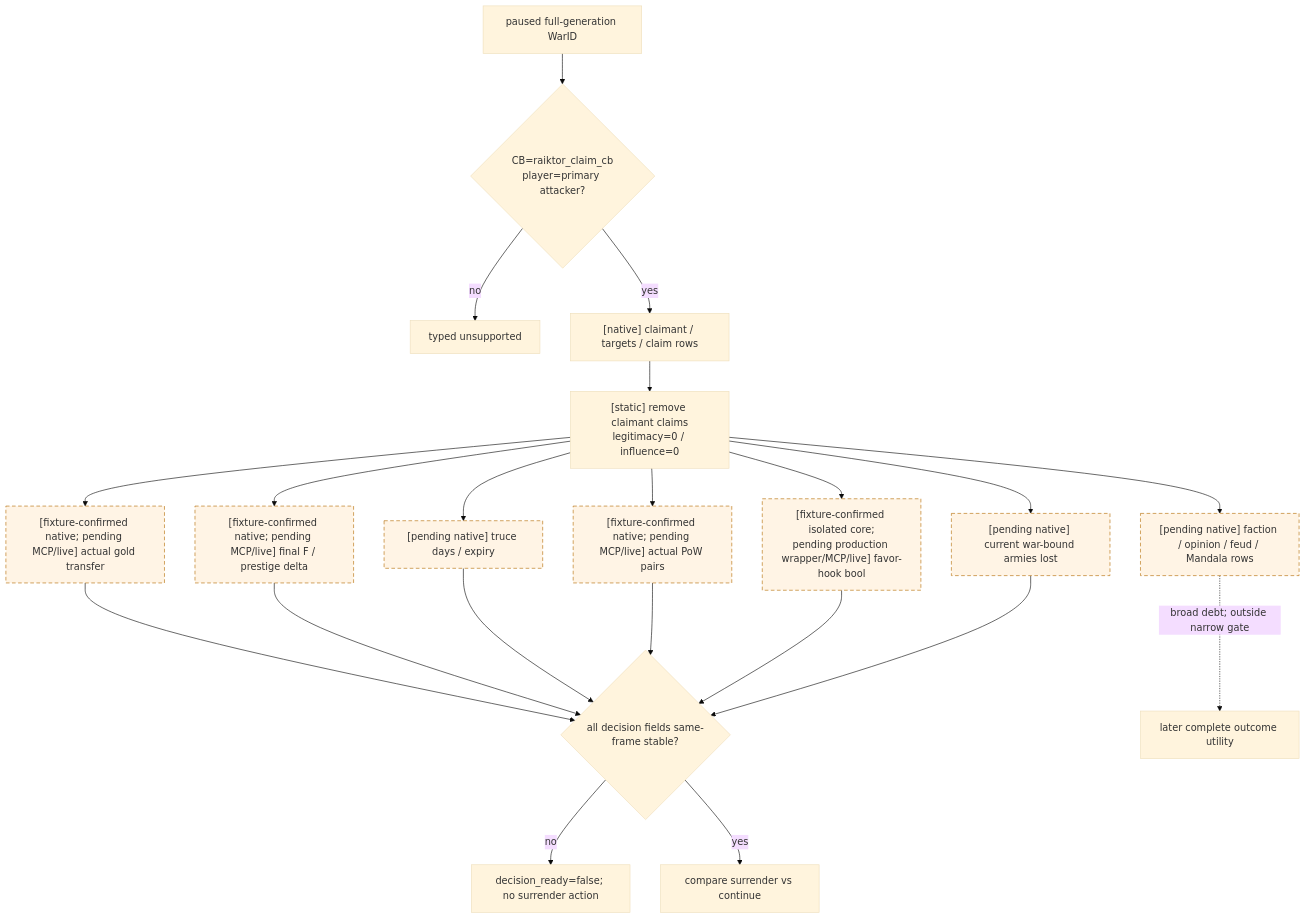
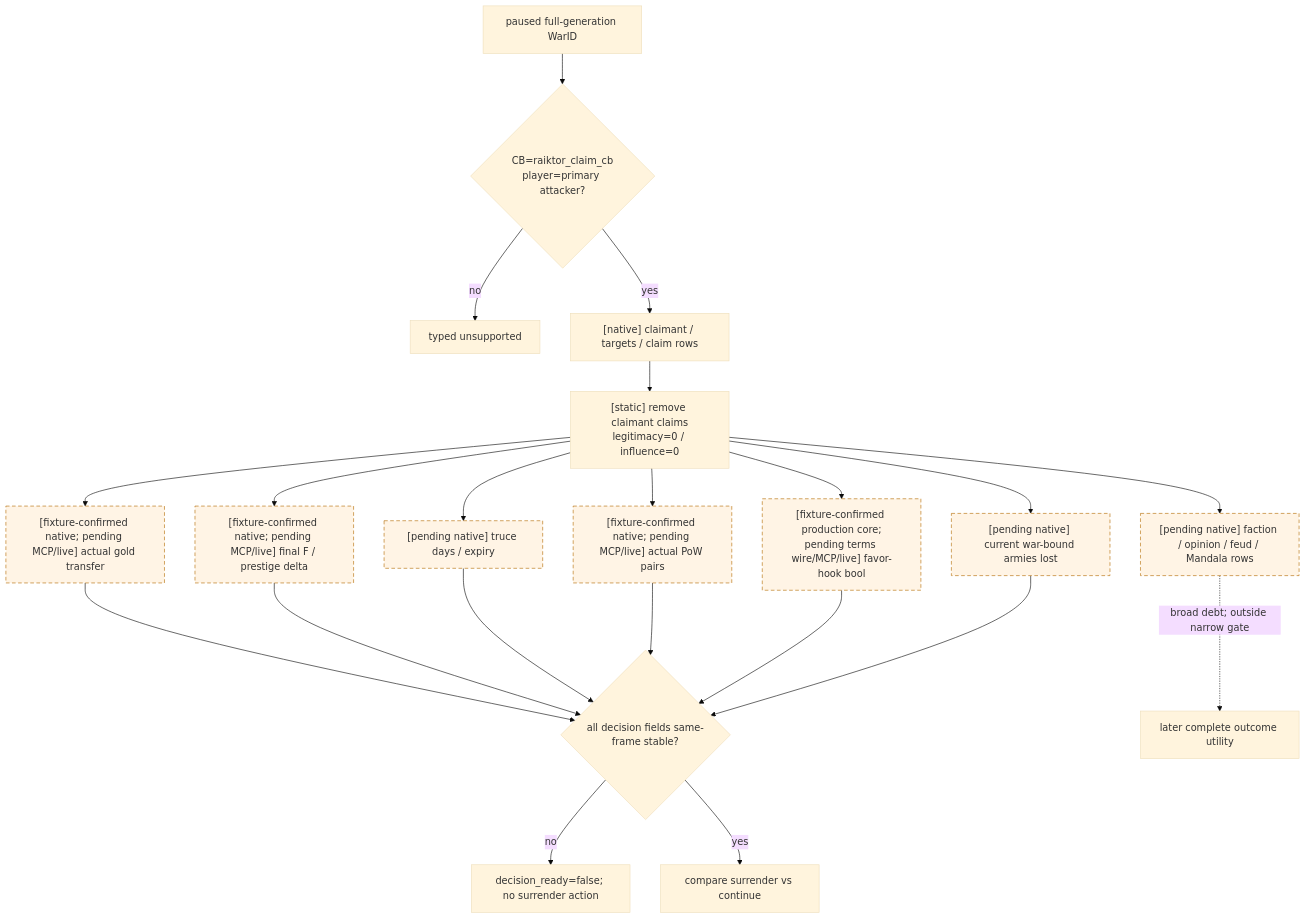
Diagram 16 of 16 in docs/ck3-native-ai/war-termination.md (XenoAmess/ck3_eternal_recurrence), drawn with Mermaid (base theme) before and after one commit. The commit also changed other lines of this file and 6 other files, not shown here.

Commit message:
Add Raiktor favor hook observation

````diff
--- a/docs/ck3-native-ai/war-termination.md
+++ b/docs/ck3-native-ai/war-termination.md
@@ -1538,25 +1538,25 @@
 ```mermaid
 flowchart TD
     W["paused full-generation WarID"] --> I{"CB=raiktor_claim_cb<br/>player=primary attacker?"}
     I -->|no| U["typed unsupported"]
     I -->|yes| C["[native] claimant / targets / claim rows"]
     C --> S["[static] remove claimant claims<br/>legitimacy=0 / influence=0"]
     S --> G["[fixture-confirmed native; pending MCP/live] actual gold transfer"]
     S --> F["[fixture-confirmed native; pending MCP/live] final F / prestige delta"]
     S --> T["[pending native] truce days / expiry"]
     S --> P["[fixture-confirmed native; pending MCP/live] actual PoW pairs"]
-    S --> H["[fixture-confirmed isolated core;<br/>pending production wrapper/MCP/live] favor-hook bool"]
+    S --> H["[fixture-confirmed production core;<br/>pending terms wire/MCP/live] favor-hook bool"]
     S --> R["[pending native] faction / opinion / feud / Mandala rows"]
     S --> A["[pending native] current war-bound armies lost"]
     G --> D{"all decision fields same-frame stable?"}
     F --> D
     T --> D
     P --> D
     H --> D
     A --> D
     R -. "broad debt; outside narrow gate" .-> B["later complete outcome utility"]
     D -->|no| X["decision_ready=false; no surrender action"]
     D -->|yes| E["compare surrender vs continue"]
     classDef pending stroke-dasharray:6 4,fill:#fff4e5,stroke:#b36b00;
     class G,F,T,P,H,R,A pending;
 ```
````
